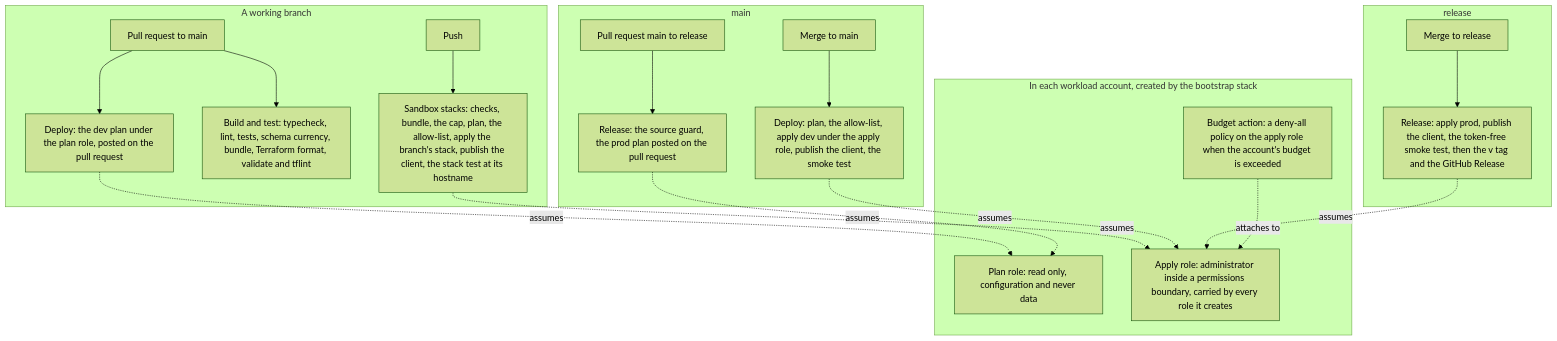
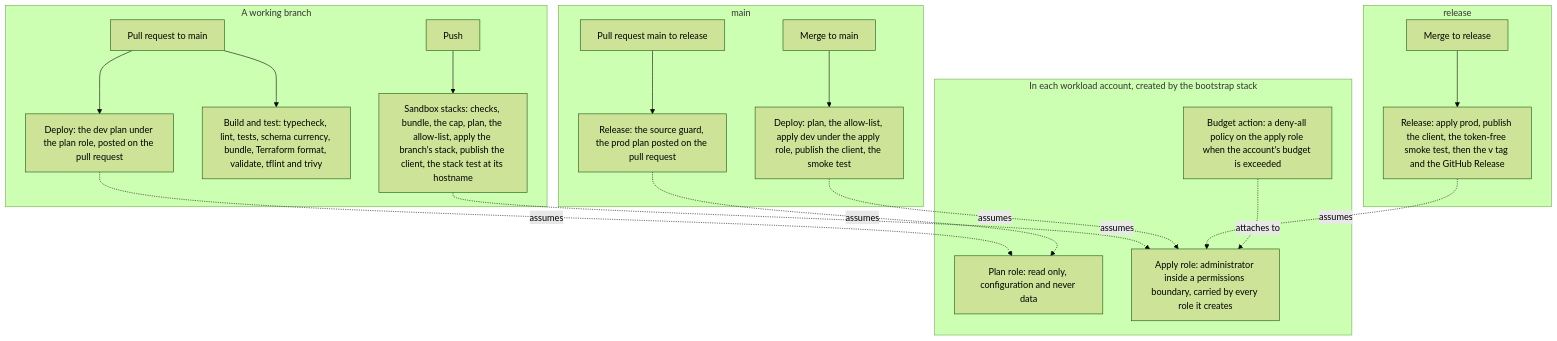
One commit to Heroic-Enterprise-Adventure-Time/HEAT changed the third of 3 diagrams in docs/architecture/overview.md. Above: the diagram before and after it, drawn with Mermaid (forest theme). The commit also changed 2 other files, not shown here.

Commit message:
Describe trivy in the Terraform standard, the development process and the overview
terraform.md rule 17 names trivy as part of the floor, how an excuse is
written (inline on the resource, above a root's module block, or by id in
.trivyignore when a rule already states the scale-down) and what the
scanner does not see; "Held back" lists the excused classes in place of
the scanner itself; the Why records the first run. development.md rule 2
says how tflint and trivy run on a laptop. The overview's diagram line
for Build and test names the check.

````diff
--- a/docs/architecture/overview.md
+++ b/docs/architecture/overview.md
@@ -69,26 +69,26 @@
 ```mermaid
 flowchart TB
   subgraph branch["A working branch"]
     push["Push"] --> sandbox["Sandbox stacks: checks, bundle, the cap, plan, the allow-list, apply the branch's stack, publish the client, the stack test at its hostname"]
-    pr["Pull request to main"] --> ci["Build and test: typecheck, lint, tests, schema currency, bundle, Terraform format, validate and tflint"]
+    pr["Pull request to main"] --> ci["Build and test: typecheck, lint, tests, schema currency, bundle, Terraform format, validate, tflint and trivy"]
     pr --> devplan["Deploy: the dev plan under the plan role, posted on the pull request"]
   end
   subgraph mainb["main"]
     merge["Merge to main"] --> dev["Deploy: plan, the allow-list, apply dev under the apply role, publish the client, the smoke test"]
     rpr["Pull request main to release"] --> guard["Release: the source guard, the prod plan posted on the pull request"]
   end
   subgraph releaseb["release"]
     rmerge["Merge to release"] --> prod["Release: apply prod, publish the client, the token-free smoke test, then the v tag and the GitHub Release"]
   end
   subgraph account["In each workload account, created by the bootstrap stack"]
     planrole["Plan role: read only, configuration and never data"]
     applyrole["Apply role: administrator inside a permissions boundary, carried by every role it creates"]
     budget["Budget action: a deny-all policy on the apply role when the account's budget is exceeded"]
   end
   devplan -. assumes .-> planrole
   guard -. assumes .-> planrole
   sandbox -. assumes .-> applyrole
   dev -. assumes .-> applyrole
   prod -. assumes .-> applyrole
   budget -. attaches to .-> applyrole
 ```
````
